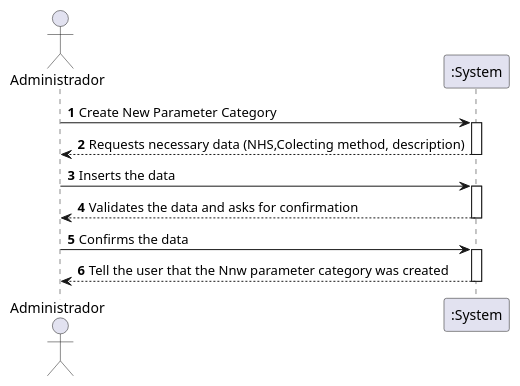
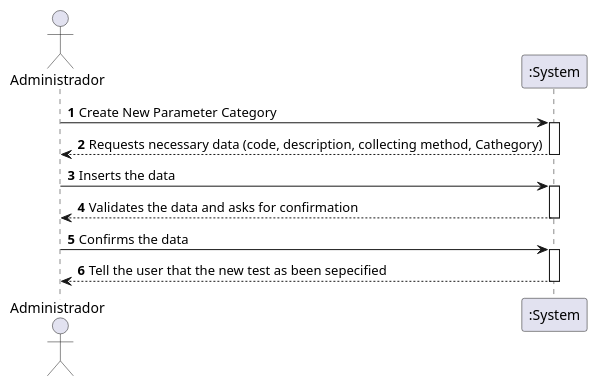
One commit to GuilhermeCunha79/lapr2 changed the diagram in docs/SprintB/US9/UC9_SSD.puml. Above: the diagram before and after it, drawn with PlantUML. The commit also changed 8 other files, not shown here.

```diff
--- a/docs/SprintB/US9/UC9_SSD.puml
+++ b/docs/SprintB/US9/UC9_SSD.puml
@@ -1,26 +1,26 @@
 @startuml
 'https://plantuml.com/sequence-diagram
 autonumber
 'hide footbox
 actor "Administrador" as ADMIN
 
 participant ":System" as SYSTEM
 
 ADMIN -> SYSTEM : Create New Parameter Category
 activate SYSTEM
-SYSTEM --> ADMIN : Requests necessary data (NHS,Colecting method, description)
+SYSTEM --> ADMIN : Requests necessary data (code, description, collecting method, Cathegory)
 deactivate SYSTEM
 
 ADMIN -> SYSTEM : Inserts the data
 activate SYSTEM
 SYSTEM --> ADMIN : Validates the data and asks for confirmation
 deactivate SYSTEM
 
 ADMIN -> SYSTEM : Confirms the data
 activate SYSTEM
-SYSTEM --> ADMIN : Tell the user that the Nnw parameter category was created
+SYSTEM --> ADMIN : Tell the user that the new test as been sepecified
 deactivate SYSTEM
 
 
 
 @enduml
```
